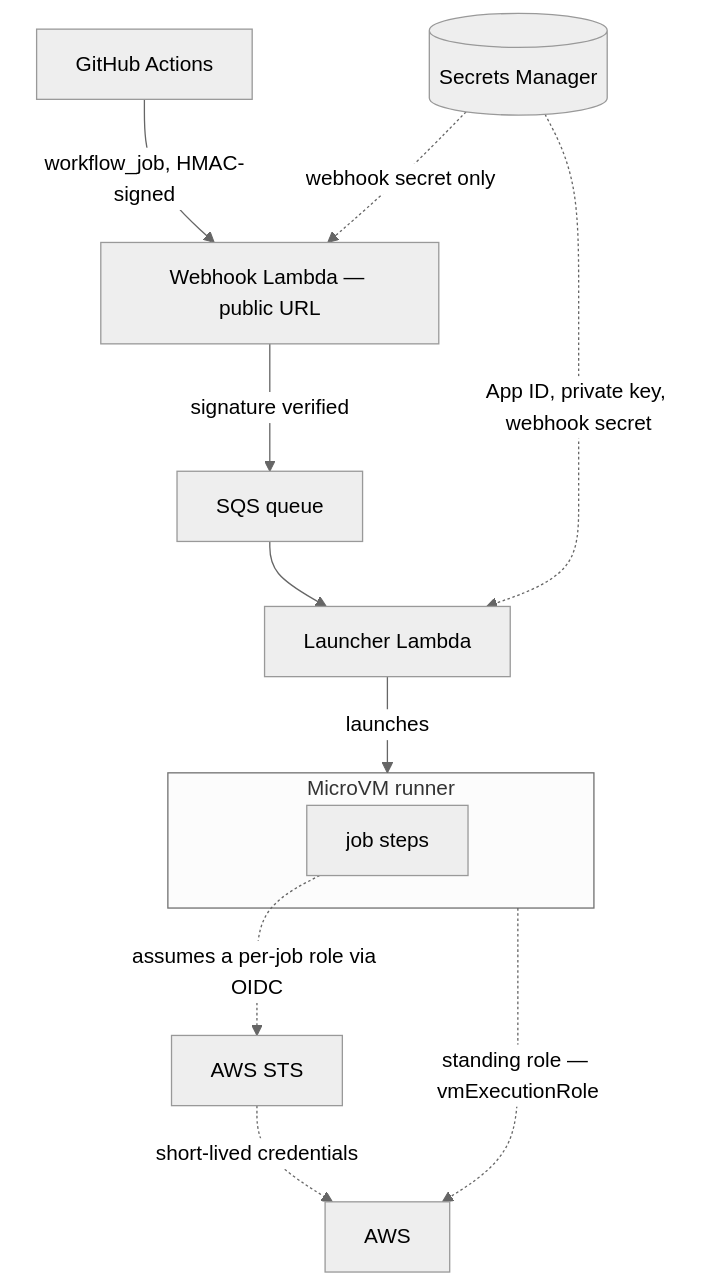
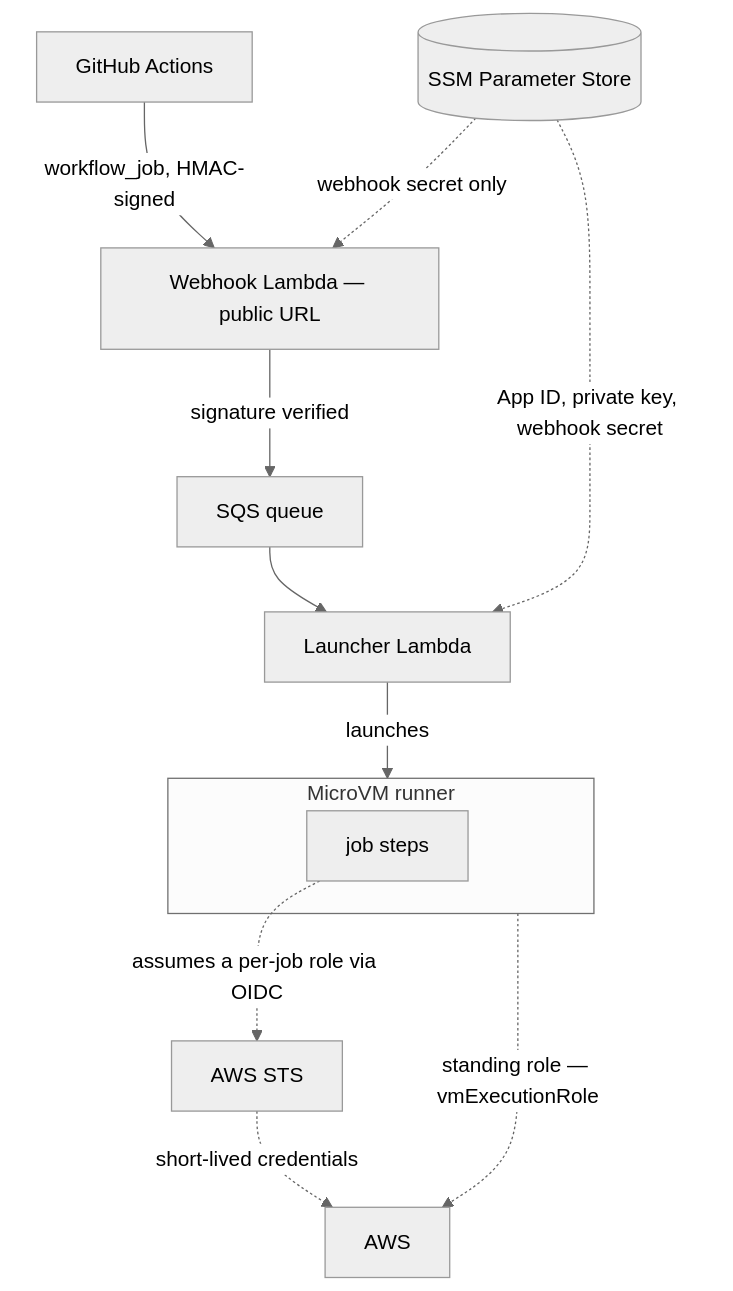
One commit to schuettc/cdk-github-microvm-runners changed the diagram in docs/security.md. Above: the diagram before and after it, drawn with Mermaid (neutral theme). The commit also changed other lines of this file and 24 other files, not shown here.

First line of the commit message:
feat!: read GitHub credentials from SSM Parameter Store, not Secrets Manager

````diff
--- a/docs/security.md
+++ b/docs/security.md
@@ -3,17 +3,17 @@
 ```mermaid
 flowchart TD
     GH["GitHub Actions"] -->|"workflow_job, HMAC-signed"| WH["Webhook Lambda — public URL"]
     WH -->|"signature verified"| Q["SQS queue"]
     Q --> LN["Launcher Lambda"]
-    SM[("Secrets Manager")] -.->|"webhook secret only"| WH
-    SM -.->|"App ID, private key, webhook secret"| LN
+    PS[("SSM Parameter Store")] -.->|"webhook secret only"| WH
+    PS -.->|"App ID, private key, webhook secret"| LN
     LN -->|"launches"| VM
 
     subgraph VM["MicroVM runner"]
         JOB["job steps"]
     end
 
     VM -.->|"standing role — vmExecutionRole"| AWS["AWS"]
     JOB -.->|"assumes a per-job role via OIDC"| STS["AWS STS"]
     STS -.->|"short-lived credentials"| AWS
 ```
````
